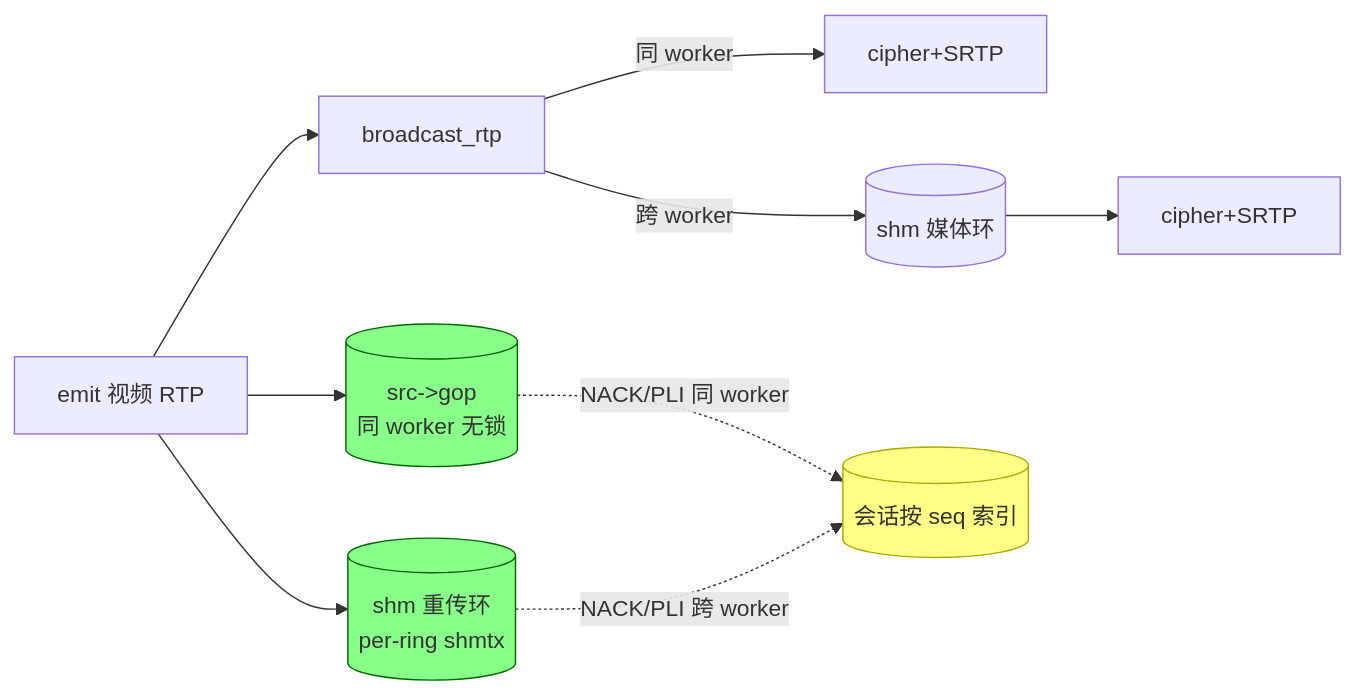
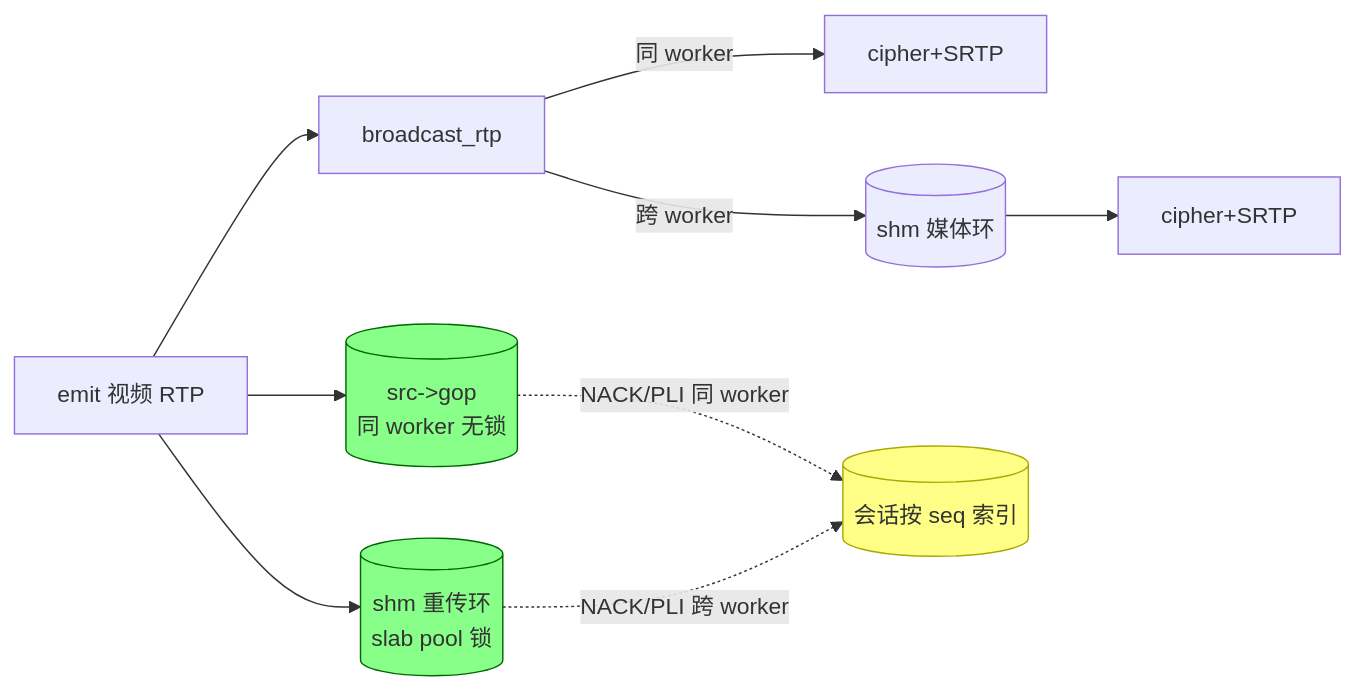
The diagram in docs/video-retransmit-cache-design.md (DeguiLiu/nginx-rtc-module), drawn with Mermaid before and after one commit. The commit also changed other lines of this file and 28 other files, not shown here.

````diff
--- a/docs/video-retransmit-cache-design.md
+++ b/docs/video-retransmit-cache-design.md
@@ -33,14 +34,14 @@
 ```mermaid
 flowchart LR
     E[emit 视频 RTP] --> G[(src->gop<br/>同 worker 无锁)]
-    E --> S[(shm 重传环<br/>per-ring shmtx)]
+    E --> S[(shm 重传环<br/>slab pool 锁)]
     E --> B[broadcast_rtp]
     B -->|同 worker| C[cipher+SRTP]
     B -->|跨 worker| M[(shm 媒体环)]
     M --> C2[cipher+SRTP]
     G -.NACK/PLI 同 worker.-> R[(会话按 seq 索引)]
     S -.NACK/PLI 跨 worker.-> R
     style G fill:#8f8,stroke:#060
     style S fill:#8f8,stroke:#060
     style R fill:#ff8,stroke:#aa0
 ```
````
